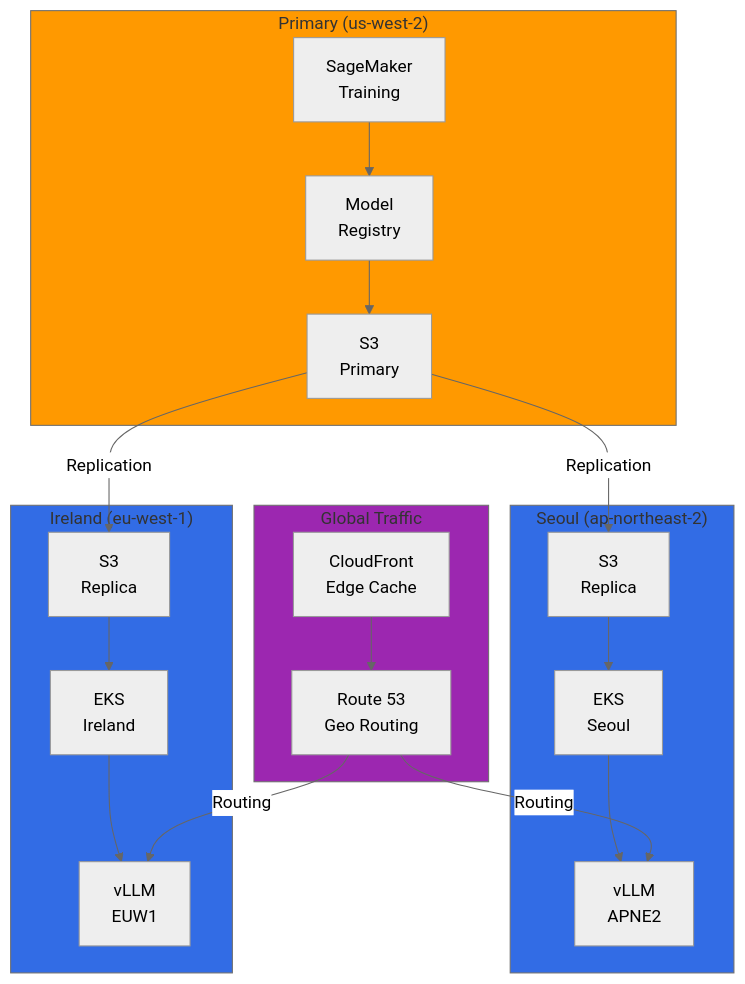
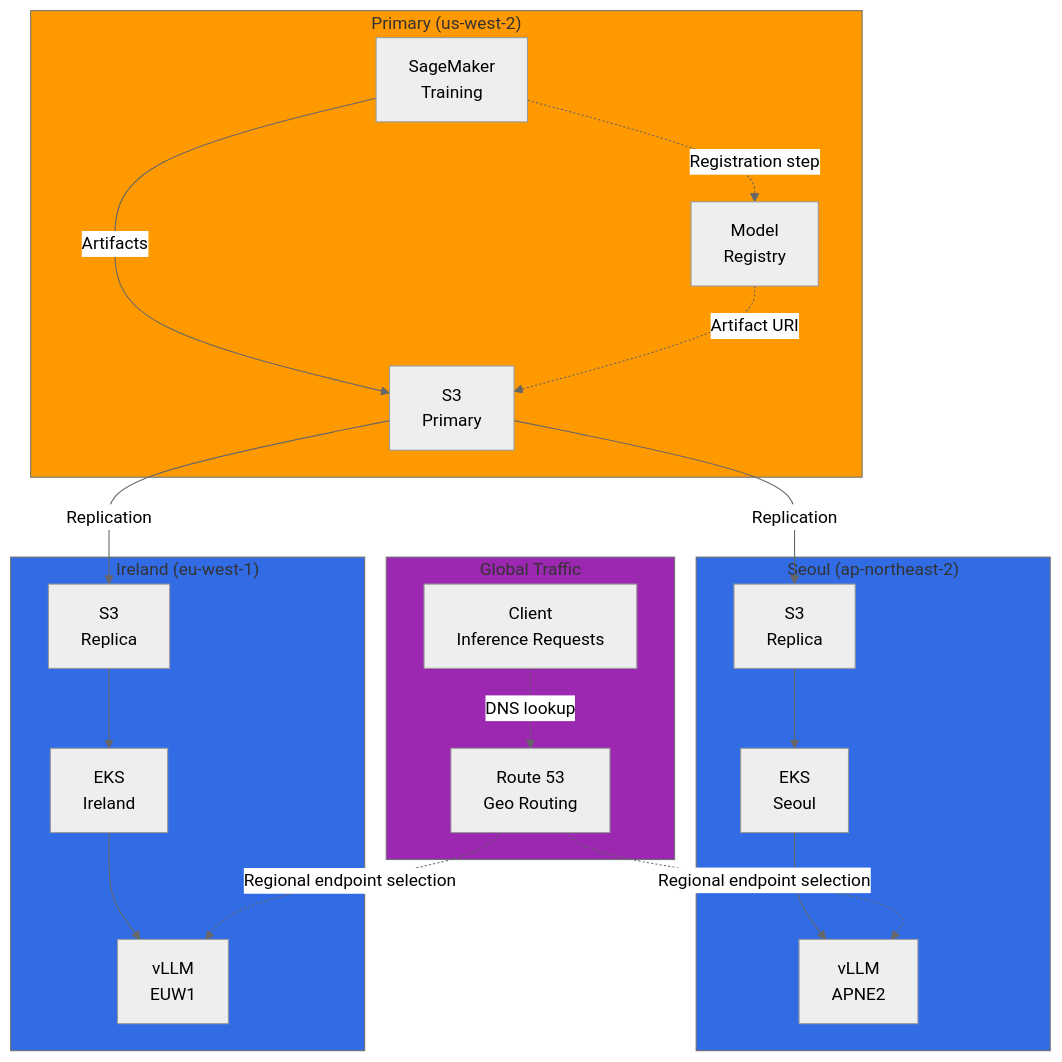
The third of 4 diagrams in i18n/en/docusaurus-plugin-content-docs/current/agentic-ai-platform/reference-architecture/integrations/sagemaker-eks-integration.md (devfloor9/engineering-playbook), drawn with Mermaid (neutral theme) before and after one commit. The commit also changed other lines of this file and 5 other files, not shown here.

````diff
--- a/i18n/en/docusaurus-plugin-content-docs/current/agentic-ai-platform/reference-architecture/integrations/sagemaker-eks-integration.md
+++ b/i18n/en/docusaurus-plugin-content-docs/current/agentic-ai-platform/reference-architecture/integrations/sagemaker-eks-integration.md
@@ -447,46 +641,47 @@
 ```mermaid
 flowchart TB
     subgraph Primary["Primary (us-west-2)"]
         SM_TRAIN[SageMaker<br/>Training]
         SM_REG[Model<br/>Registry]
         S3_PRIMARY[S3<br/>Primary]
     end
 
     subgraph APNE2["Seoul (ap-northeast-2)"]
         S3_REPLICA[S3<br/>Replica]
         EKS_AP[EKS<br/>Seoul]
         VLLM_AP[vLLM<br/>APNE2]
     end
 
     subgraph EUW1["Ireland (eu-west-1)"]
         S3_EU[S3<br/>Replica]
         EKS_EU[EKS<br/>Ireland]
         VLLM_EU[vLLM<br/>EUW1]
     end
 
     subgraph Global["Global Traffic"]
-        CLOUDFRONT[CloudFront<br/>Edge Cache]
+        CLOUDFRONT[Client<br/>Inference Requests]
         R53[Route 53<br/>Geo Routing]
     end
 
-    SM_TRAIN --> SM_REG
-    SM_REG --> S3_PRIMARY
+    SM_TRAIN -.->|Registration step| SM_REG
+    SM_TRAIN -->|Artifacts| S3_PRIMARY
+    SM_REG -.->|Artifact URI| S3_PRIMARY
 
     S3_PRIMARY -->|Replication| S3_REPLICA
     S3_PRIMARY -->|Replication| S3_EU
 
     S3_REPLICA --> EKS_AP
     EKS_AP --> VLLM_AP
 
     S3_EU --> EKS_EU
     EKS_EU --> VLLM_EU
 
-    CLOUDFRONT --> R53
-    R53 -->|Routing| VLLM_AP
-    R53 -->|Routing| VLLM_EU
+    CLOUDFRONT -.->|DNS lookup| R53
+    R53 -.->|Regional endpoint selection| VLLM_AP
+    R53 -.->|Regional endpoint selection| VLLM_EU
 
     style Primary fill:#ff9900
     style APNE2 fill:#326ce5
     style EUW1 fill:#326ce5
     style Global fill:#9c27b0
 ```
````
